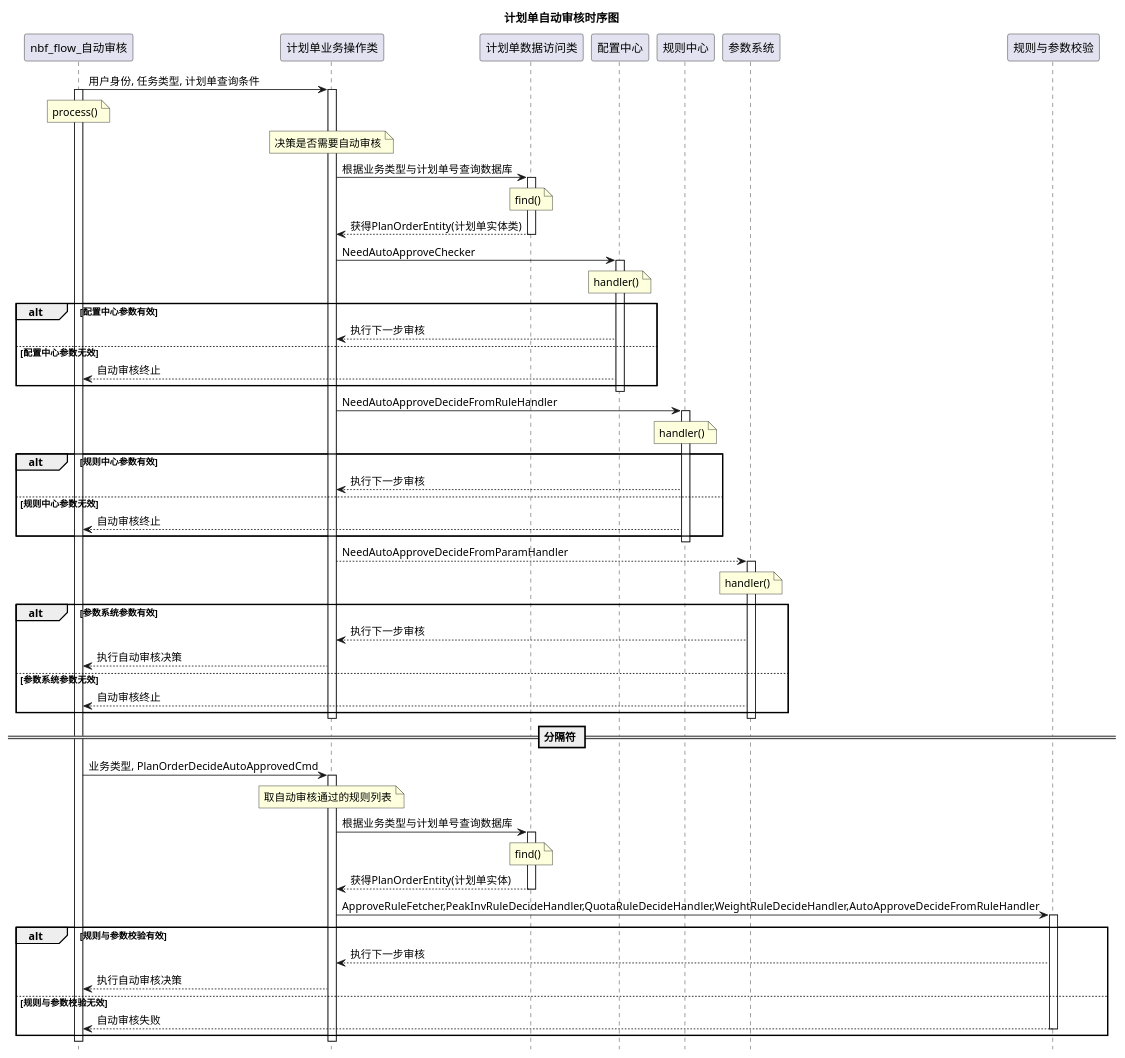
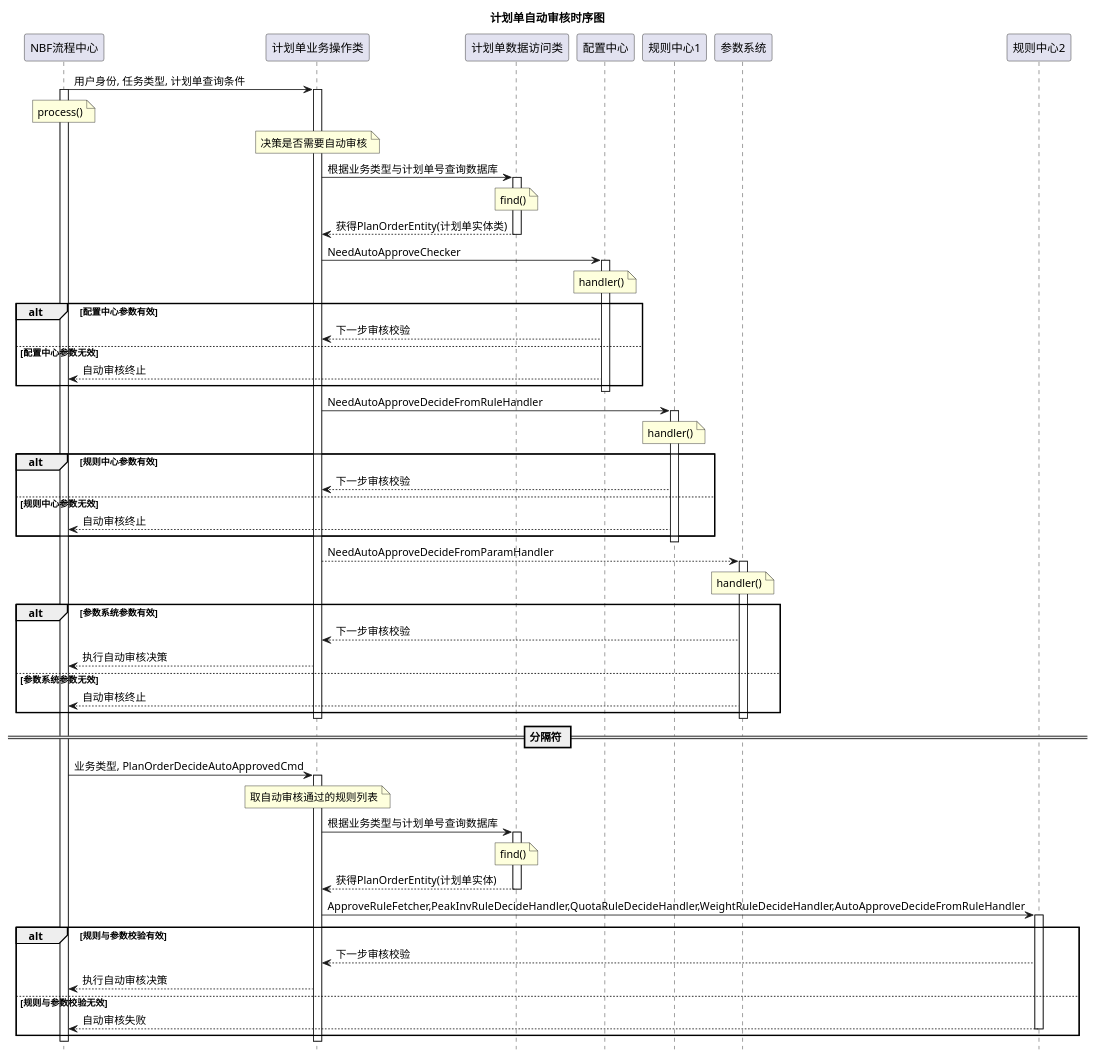
One commit to swf2020/clssuml changed the diagram in resource/时序图/计划单自动审核/计划单自动审核.puml. Above: the diagram before and after it, drawn with PlantUML. The commit also changed 7 other files, not shown here.

```diff
--- a/resource/时序图/计划单自动审核/计划单自动审核.puml
+++ b/resource/时序图/计划单自动审核/计划单自动审核.puml
@@ -1,78 +1,78 @@
 @startuml
 hide footbox
 title 计划单自动审核时序图
-nbf_flow_自动审核 -> 计划单业务操作类: 用户身份, 任务类型, 计划单查询条件
-note over nbf_flow_自动审核: process()
-activate nbf_flow_自动审核
+NBF流程中心 -> 计划单业务操作类: 用户身份, 任务类型, 计划单查询条件
+note over NBF流程中心: process()
+activate NBF流程中心
 
 note over 计划单业务操作类: 决策是否需要自动审核
 activate 计划单业务操作类
 计划单业务操作类 -> 计划单数据访问类: 根据业务类型与计划单号查询数据库
 
 note over 计划单数据访问类: find()
 activate 计划单数据访问类
 计划单数据访问类 --> 计划单业务操作类: 获得PlanOrderEntity(计划单实体类)
 deactivate 计划单数据访问类
 
 计划单业务操作类 -> 配置中心: NeedAutoApproveChecker
 note over 配置中心: handler()
 activate 配置中心
 
 alt 配置中心参数有效
-    配置中心 --> 计划单业务操作类 : 执行下一步审核
+    配置中心 --> 计划单业务操作类 : 下一步审核校验
 else 配置中心参数无效
-    配置中心 --> nbf_flow_自动审核: 自动审核终止
+    配置中心 --> NBF流程中心: 自动审核终止
 end
 
 deactivate 配置中心
 
-计划单业务操作类 -> 规则中心: NeedAutoApproveDecideFromRuleHandler
-note over 规则中心: handler()
-activate 规则中心
+计划单业务操作类 -> 规则中心1: NeedAutoApproveDecideFromRuleHandler
+note over 规则中心1: handler()
+activate 规则中心1
 alt 规则中心参数有效
-    规则中心 --> 计划单业务操作类 : 执行下一步审核
+    规则中心1 --> 计划单业务操作类 : 下一步审核校验
 else 规则中心参数无效
-    规则中心 --> nbf_flow_自动审核: 自动审核终止
+    规则中心1 --> NBF流程中心: 自动审核终止
 end
 
-deactivate 规则中心
+deactivate 规则中心1
 
 计划单业务操作类 --> 参数系统: NeedAutoApproveDecideFromParamHandler
 note over 参数系统: handler()
 activate 参数系统
 alt 参数系统参数有效
-    参数系统 --> 计划单业务操作类 : 执行下一步审核
-    计划单业务操作类 --> nbf_flow_自动审核: 执行自动审核决策
+    参数系统 --> 计划单业务操作类 : 下一步审核校验
+    计划单业务操作类 --> NBF流程中心: 执行自动审核决策
 else 参数系统参数无效
-    参数系统 --> nbf_flow_自动审核: 自动审核终止
+    参数系统 --> NBF流程中心: 自动审核终止
 end
 
 deactivate 参数系统
 
 deactivate 计划单业务操作类
 
 == 分隔符 ==
-nbf_flow_自动审核 -> 计划单业务操作类: 业务类型, PlanOrderDecideAutoApprovedCmd
+NBF流程中心 -> 计划单业务操作类: 业务类型, PlanOrderDecideAutoApprovedCmd
 note over 计划单业务操作类: 取自动审核通过的规则列表
 activate 计划单业务操作类
 
 计划单业务操作类 -> 计划单数据访问类: 根据业务类型与计划单号查询数据库
 note over 计划单数据访问类: find()
 activate 计划单数据访问类
 计划单数据访问类 --> 计划单业务操作类: 获得PlanOrderEntity(计划单实体)
 deactivate 计划单数据访问类
 
-计划单业务操作类 -> 规则与参数校验: ApproveRuleFetcher,PeakInvRuleDecideHandler,QuotaRuleDecideHandler,WeightRuleDecideHandler,AutoApproveDecideFromRuleHandler
-activate 规则与参数校验
+计划单业务操作类 -> 规则中心2: ApproveRuleFetcher,PeakInvRuleDecideHandler,QuotaRuleDecideHandler,WeightRuleDecideHandler,AutoApproveDecideFromRuleHandler
+activate 规则中心2
 alt 规则与参数校验有效
-    规则与参数校验 --> 计划单业务操作类 : 执行下一步审核
-    计划单业务操作类 --> nbf_flow_自动审核: 执行自动审核决策
+    规则中心2 --> 计划单业务操作类 : 下一步审核校验
+    计划单业务操作类 --> NBF流程中心: 执行自动审核决策
 else 规则与参数校验无效
-    规则与参数校验 --> nbf_flow_自动审核: 自动审核失败
-    deactivate 规则与参数校验
+    规则中心2 --> NBF流程中心: 自动审核失败
+    deactivate 规则中心2
 end
 
 deactivate 计划单业务操作类
 
-deactivate nbf_flow_自动审核
+deactivate NBF流程中心
 @enduml
```
